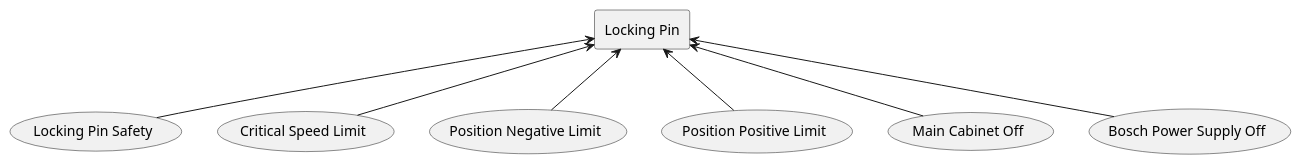
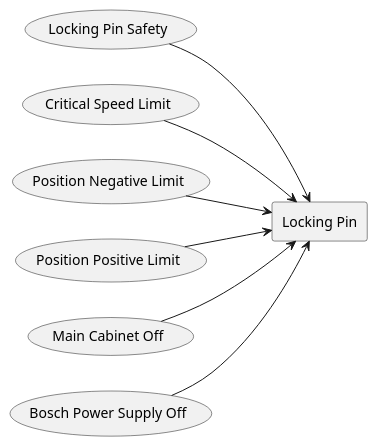
The ninth of 18 diagrams in README.md (lsst-ts/ts_tma_tma-documentation_tma-faults), drawn with PlantUML before and after one commit. The commit also changed other lines of this file, not shown here.

Commit message:
refactor: change the diagrams to be left to right instead of top to bottom

````diff
--- a/README.md
+++ b/README.md
@@ -641,24 +648,25 @@
 ```plantuml
 @startuml
+left to right direction
 rectangle "Locking Pin" as LockingPin
 usecase "Locking Pin Safety" as LockingPinSafety
 
-LockingPinSafety -u-> LockingPin
+LockingPinSafety --> LockingPin
 usecase "Critical Speed Limit" as CriticalSpeedLimit
 
-CriticalSpeedLimit -u-> LockingPin
+CriticalSpeedLimit --> LockingPin
 usecase "Position Negative Limit" as PositionNegativeLimit
 
-PositionNegativeLimit -u-> LockingPin
+PositionNegativeLimit --> LockingPin
 usecase "Position Positive Limit" as PositionPositiveLimit
 
-PositionPositiveLimit -u-> LockingPin
+PositionPositiveLimit --> LockingPin
 usecase "Main Cabinet Off" as MainCabinetOff
 
-MainCabinetOff -u-> LockingPin
+MainCabinetOff --> LockingPin
 usecase "Bosch Power Supply Off" as BoschPowerSupplyOff
 
-BoschPowerSupplyOff -u-> LockingPin
+BoschPowerSupplyOff --> LockingPin
 
 @enduml
 ```
````
